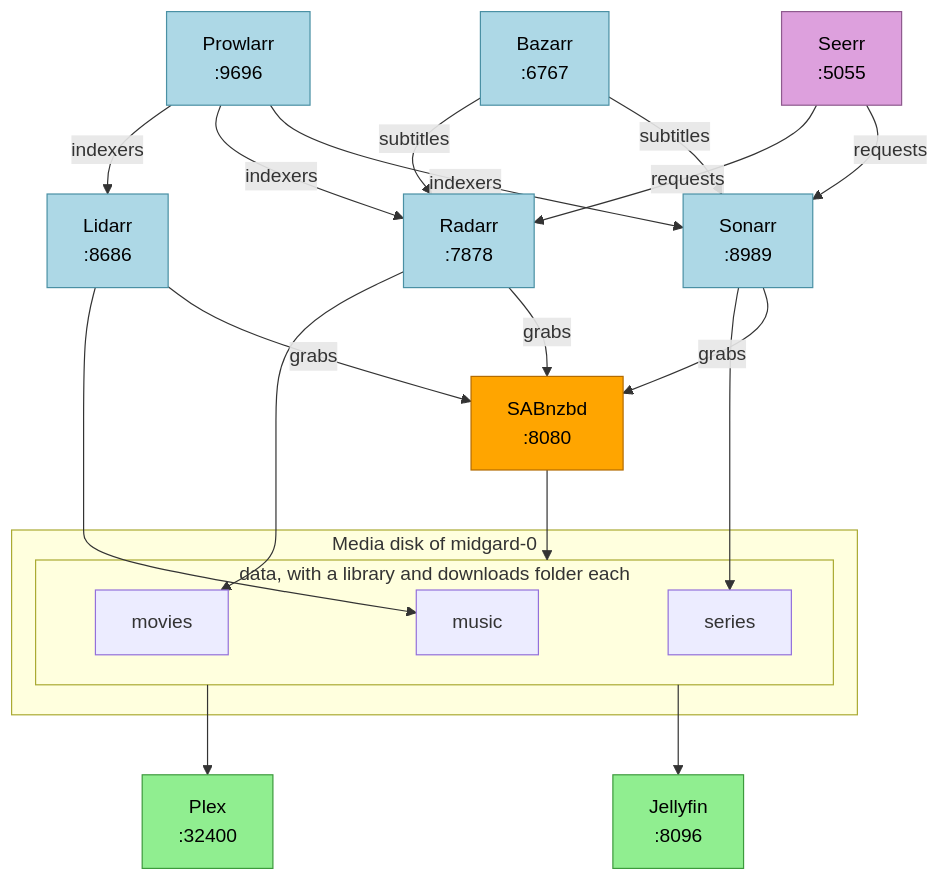
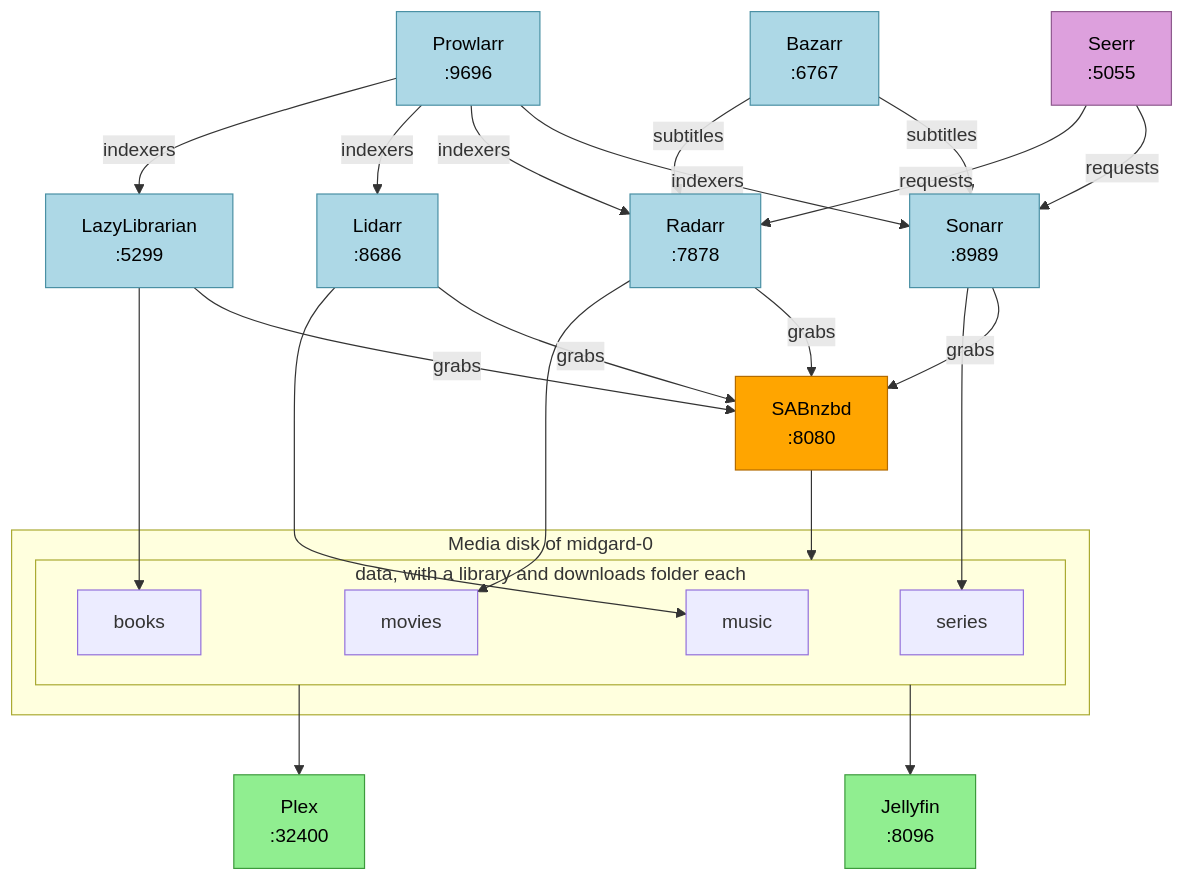
Before and after one commit to davydehaas98/homelab: the diagram in docs/diagrams/media-stack.mmd, drawn with Mermaid. The commit also changed 12 other files, not shown here.

```diff
--- a/docs/diagrams/media-stack.mmd
+++ b/docs/diagrams/media-stack.mmd
@@ -1,50 +1,55 @@
 flowchart TB
     prowlarr["Prowlarr<br/>:9696"]
     bazarr["Bazarr<br/>:6767"]
     seerr["Seerr<br/>:5055"]
 
     lidarr["Lidarr<br/>:8686"]
     sonarr["Sonarr<br/>:8989"]
     radarr["Radarr<br/>:7878"]
+    lazylibrarian["LazyLibrarian<br/>:5299"]
 
     sab["SABnzbd<br/>:8080"]
 
     subgraph storage["Media disk of midgard-0"]
         subgraph media["data, with a library and downloads folder each"]
             music[music]
             series[series]
             movies[movies]
+            books[books]
         end
     end
 
     jellyfin["Jellyfin<br/>:8096"]
     plex["Plex<br/>:32400"]
 
     seerr -->|requests| sonarr
     seerr -->|requests| radarr
     prowlarr -->|indexers| sonarr
     prowlarr -->|indexers| radarr
     prowlarr -->|indexers| lidarr
+    prowlarr -->|indexers| lazylibrarian
     bazarr -->|subtitles| sonarr
     bazarr -->|subtitles| radarr
 
     sonarr -->|grabs| sab
     radarr -->|grabs| sab
     lidarr -->|grabs| sab
+    lazylibrarian -->|grabs| sab
     sab --> media
 
     sonarr --> series
     radarr --> movies
     lidarr --> music
+    lazylibrarian --> books
 
     media --> jellyfin
     media --> plex
 
     classDef manager fill:#add8e6,stroke:#4a90a4,color:#000
     classDef downloader fill:#ffa500,stroke:#b36b00,color:#000
     classDef streamer fill:#90ee90,stroke:#3c9a3c,color:#000
     classDef request fill:#dda0dd,stroke:#8e5a8e,color:#000
-    class prowlarr,bazarr,sonarr,radarr,lidarr manager
+    class prowlarr,bazarr,sonarr,radarr,lidarr,lazylibrarian manager
     class sab downloader
     class jellyfin,plex streamer
     class seerr request
```
